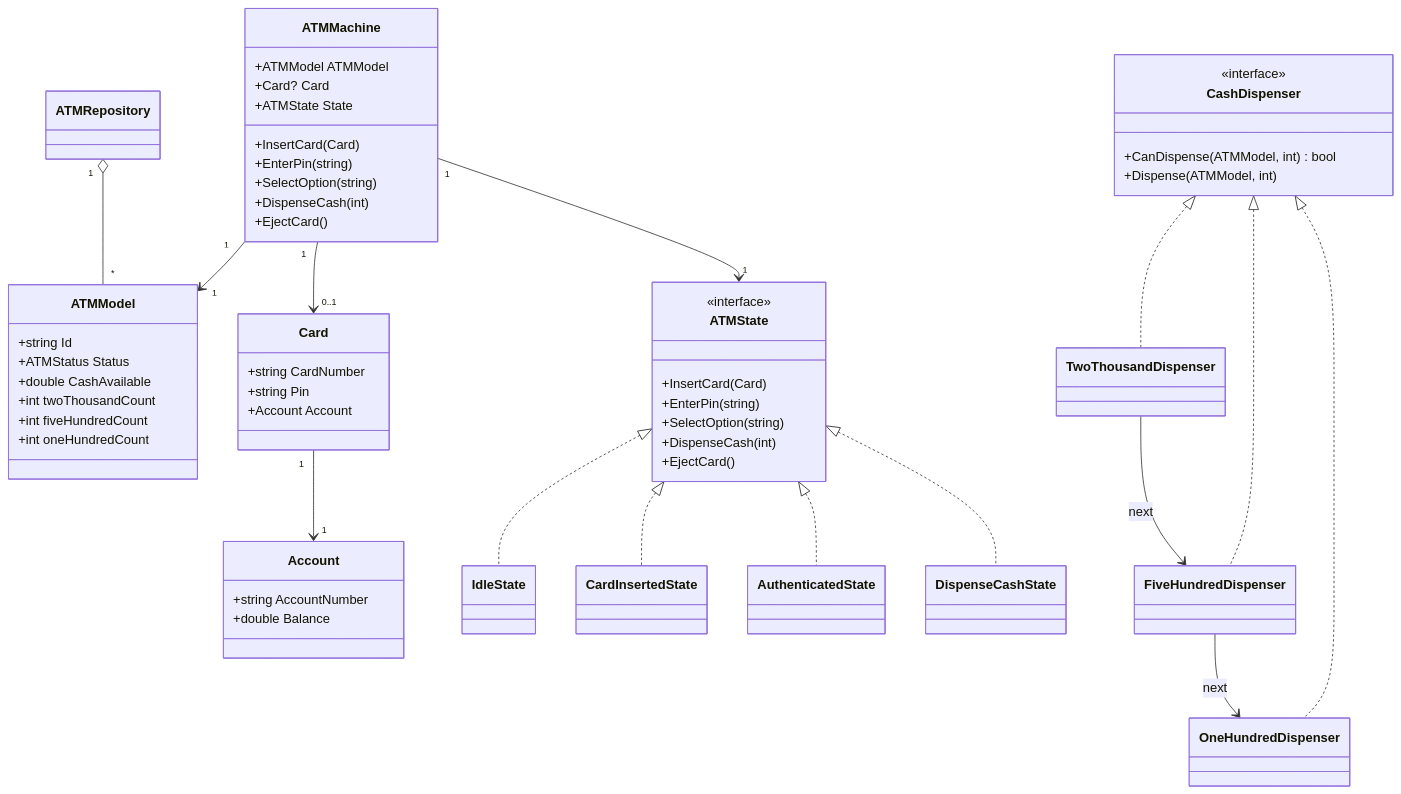
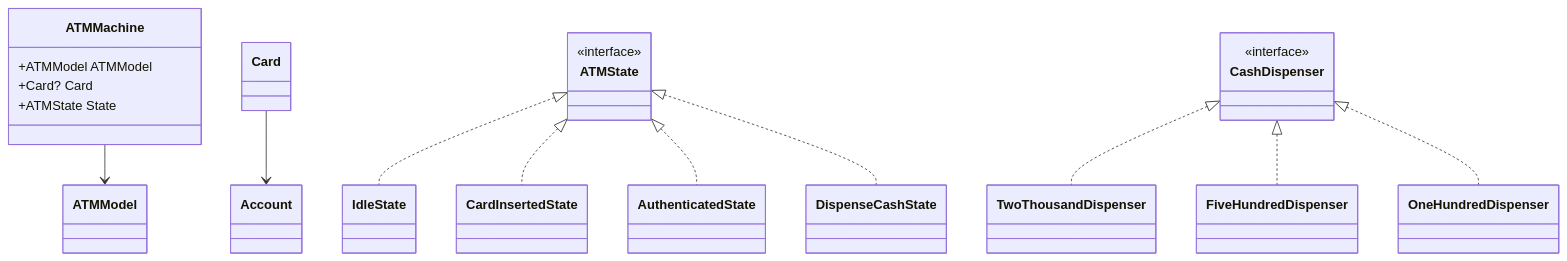
Before and after one commit to shanrastogi/Csharp-LLD-Practice: the seventh of 8 diagrams in c_lld_revision_notes.md, drawn with Mermaid. The commit also changed other lines of this file, not shown here.

````diff
--- a/c_lld_revision_notes.md
+++ b/c_lld_revision_notes.md
@@ -174,66 +303,34 @@
 ```mermaid
 classDiagram
     class ATMMachine {
         +ATMModel ATMModel
         +Card? Card
         +ATMState State
-        +InsertCard(Card)
-        +EnterPin(string)
-        +SelectOption(string)
-        +DispenseCash(int)
-        +EjectCard()
     }
-    class ATMModel {
-        +string Id
-        +ATMStatus Status
-        +double CashAvailable
-        +int twoThousandCount
-        +int fiveHundredCount
-        +int oneHundredCount
-    }
-    class Card {
-        +string CardNumber
-        +string Pin
-        +Account Account
-    }
-    class Account {
-        +string AccountNumber
-        +double Balance
-    }
+    class ATMModel
+    class Card
+    class Account
     class ATMState {
         <<interface>>
-        +InsertCard(Card)
-        +EnterPin(string)
-        +SelectOption(string)
-        +DispenseCash(int)
-        +EjectCard()
     }
     class IdleState
     class CardInsertedState
     class AuthenticatedState
     class DispenseCashState
-    class ATMRepository
     class CashDispenser {
         <<interface>>
-        +CanDispense(ATMModel, int) bool
-        +Dispense(ATMModel, int)
     }
     class TwoThousandDispenser
     class FiveHundredDispenser
     class OneHundredDispenser
 
     ATMState <|.. IdleState
     ATMState <|.. CardInsertedState
     ATMState <|.. AuthenticatedState
     ATMState <|.. DispenseCashState
     CashDispenser <|.. TwoThousandDispenser
     CashDispenser <|.. FiveHundredDispenser
     CashDispenser <|.. OneHundredDispenser
-    ATMMachine "1" --> "1" ATMModel
-    ATMMachine "1" --> "0..1" Card
-    Card "1" --> "1" Account
-    ATMMachine "1" --> "1" ATMState
-    ATMRepository "1" o-- "*" ATMModel
-    TwoThousandDispenser --> FiveHundredDispenser : next
-    FiveHundredDispenser --> OneHundredDispenser : next
-```
+    ATMMachine --> ATMModel
+    Card --> Account
+``` 
````
